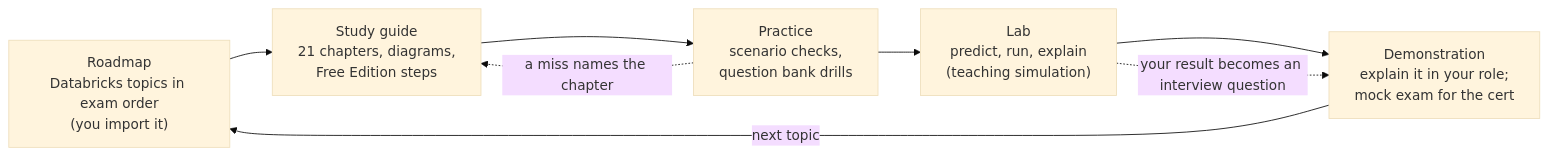
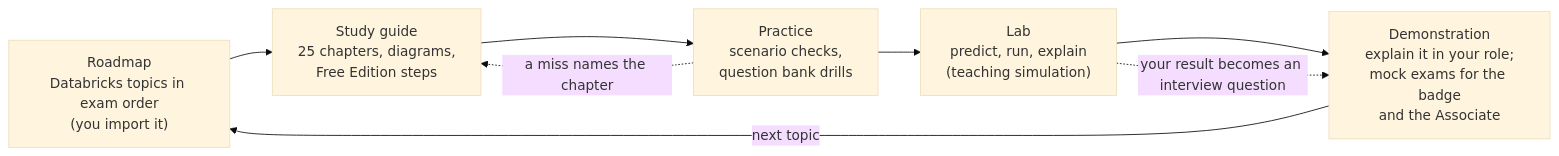
One commit to getnimishk/PrepBench changed the diagram in docs/implementation/DATABRICKS-GAP-REPORT.md. Above: the diagram before and after it, drawn with Mermaid (base theme). The commit also changed other lines of this file and 2 other files, not shown here.

First line of the commit message:
Revise the Databricks plan for the learner's solution-architecture goal

````diff
--- a/docs/implementation/DATABRICKS-GAP-REPORT.md
+++ b/docs/implementation/DATABRICKS-GAP-REPORT.md
@@ -132,10 +188,10 @@
 ```mermaid
 flowchart LR
-  R["Roadmap<br/>Databricks topics in exam order<br/>(you import it)"] --> G["Study guide<br/>21 chapters, diagrams,<br/>Free Edition steps"]
+  R["Roadmap<br/>Databricks topics in exam order<br/>(you import it)"] --> G["Study guide<br/>25 chapters, diagrams,<br/>Free Edition steps"]
   G --> P["Practice<br/>scenario checks,<br/>question bank drills"]
   P --> L["Lab<br/>predict, run, explain<br/>(teaching simulation)"]
-  L --> D["Demonstration<br/>explain it in your role;<br/>mock exam for the cert"]
+  L --> D["Demonstration<br/>explain it in your role;<br/>mock exams for the badge<br/>and the Associate"]
   D -->|"next topic"| R
   P -. "a miss names the chapter" .-> G
   L -. "your result becomes an interview question" .-> D
 ```
````
